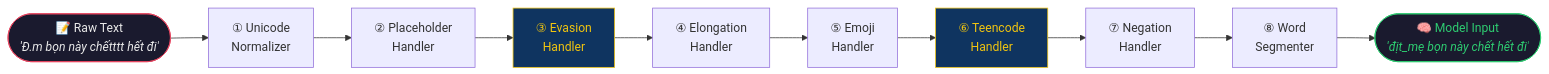
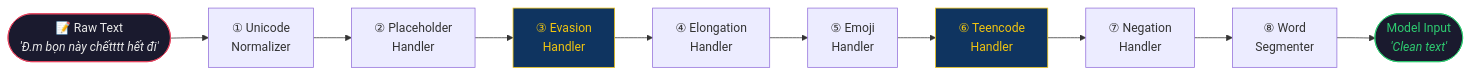
Before and after one commit to HoangSyViet04/hate_speech_detection: the diagram in README.md, drawn with Mermaid. The commit also changed other lines of this file and 6 other files, not shown here.

````diff
--- a/README.md
+++ b/README.md
@@ -122,20 +49,20 @@
 ```mermaid
 flowchart LR
     IN(["📝 Raw Text<br/><i>'Đ.m bọn này chếtttt hết đi'</i>"])
     S1["① Unicode\nNormalizer"]
     S2["② Placeholder\nHandler"]
     S3["③ Evasion\nHandler"]
     S4["④ Elongation\nHandler"]
     S5["⑤ Emoji\nHandler"]
     S6["⑥ Teencode\nHandler"]
     S7["⑦ Negation\nHandler"]
     S8["⑧ Word\nSegmenter"]
-    OUT(["🧠 Model Input<br/><i>'địt_mẹ bọn này chết hết đi'</i>"])
+    OUT(["Model Input<br/><i>'Clean text'</i>"])
 
     IN --> S1 --> S2 --> S3 --> S4 --> S5 --> S6 --> S7 --> S8 --> OUT
 
     style IN  fill:#1a1a2e,color:#eaeaea,stroke:#e94560
     style OUT fill:#1a1a2e,color:#2ecc71,stroke:#2ecc71
     style S3  fill:#0f3460,color:#f1c40f,stroke:#f1c40f
     style S6  fill:#0f3460,color:#f1c40f,stroke:#f1c40f
 ```
````
